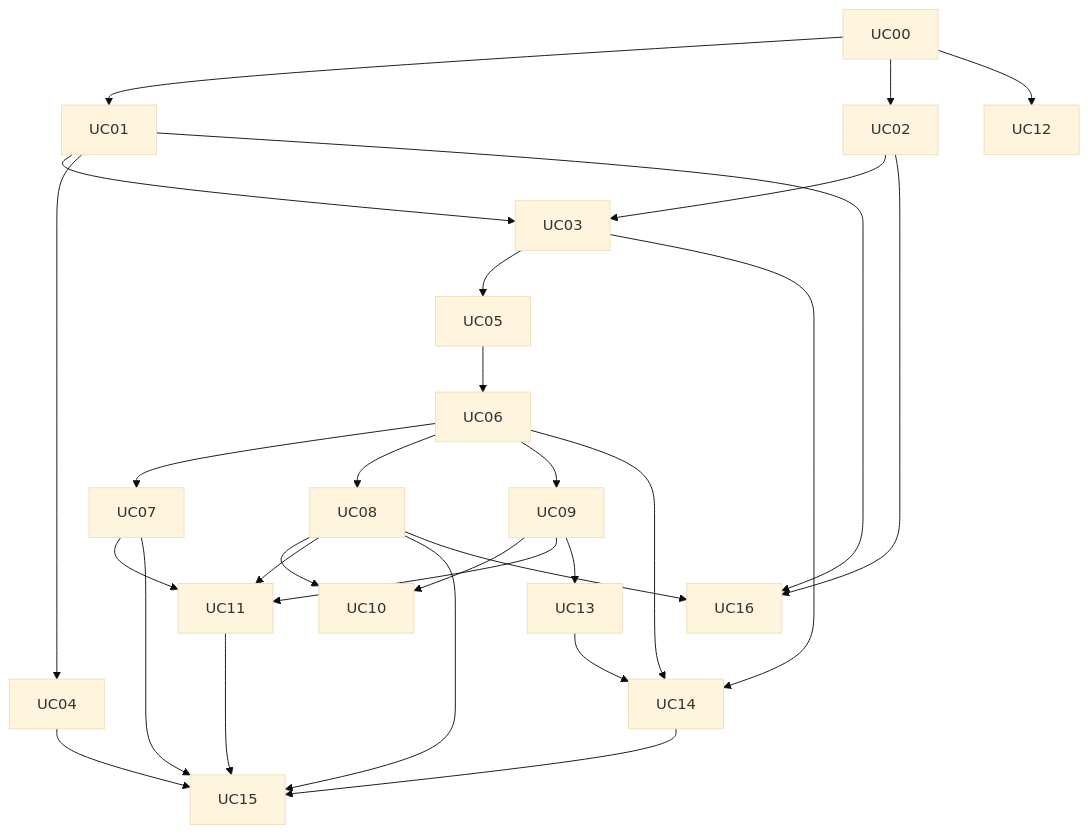
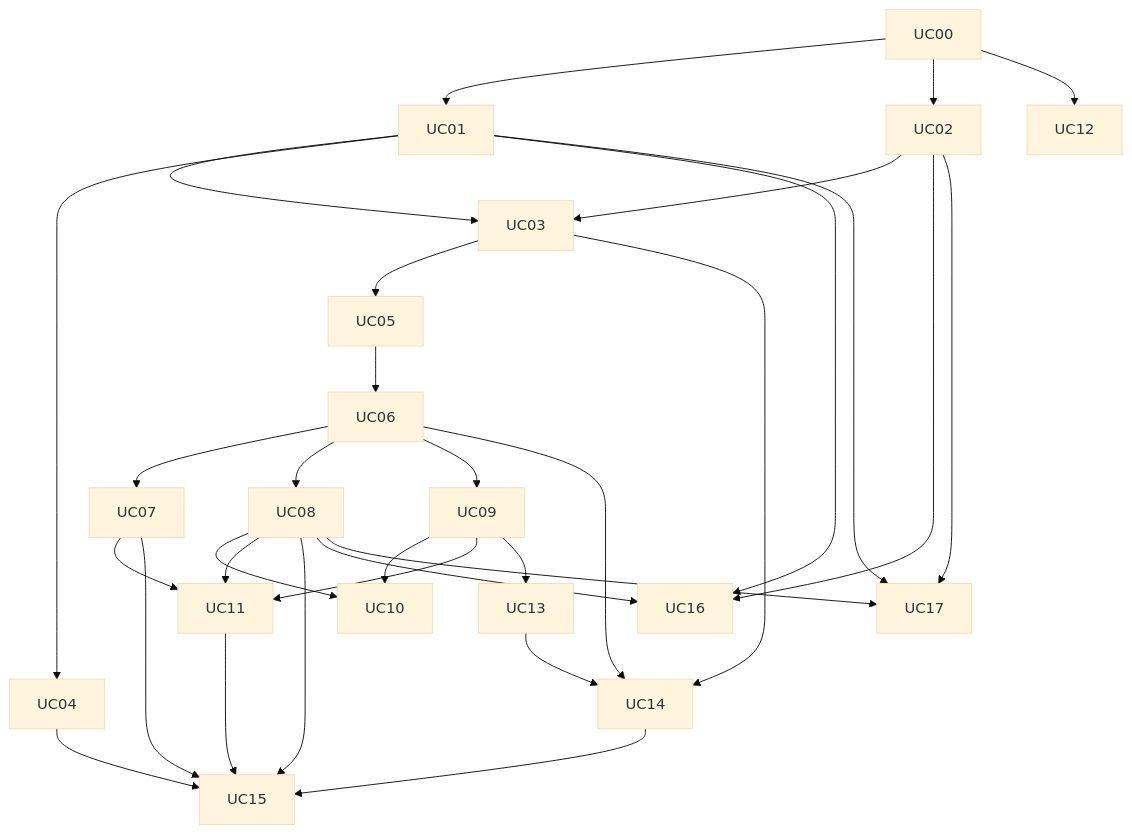
One commit to jsoladur/monthly-expenses changed the diagram in docs/usecases/UC-INDEX.md. Above: the diagram before and after it, drawn with Mermaid (base theme). The commit also changed other lines of this file and 21 other files, not shown here.

````diff
--- a/docs/usecases/UC-INDEX.md
+++ b/docs/usecases/UC-INDEX.md
@@ -44,15 +45,16 @@
 ```mermaid
 flowchart TD
     UC00 --> UC01 --> UC03 --> UC05 --> UC06
     UC00 --> UC02 --> UC03
     UC01 --> UC04
     UC06 --> UC07 & UC08 & UC09
     UC08 & UC09 --> UC10
     UC07 & UC08 & UC09 --> UC11
     UC09 --> UC13
     UC03 & UC06 --> UC14
     UC13 --> UC14
     UC00 --> UC12
     UC04 & UC07 & UC08 & UC11 & UC14 --> UC15
     UC01 & UC02 & UC08 --> UC16
+    UC01 & UC02 & UC08 --> UC17
 ```
````
